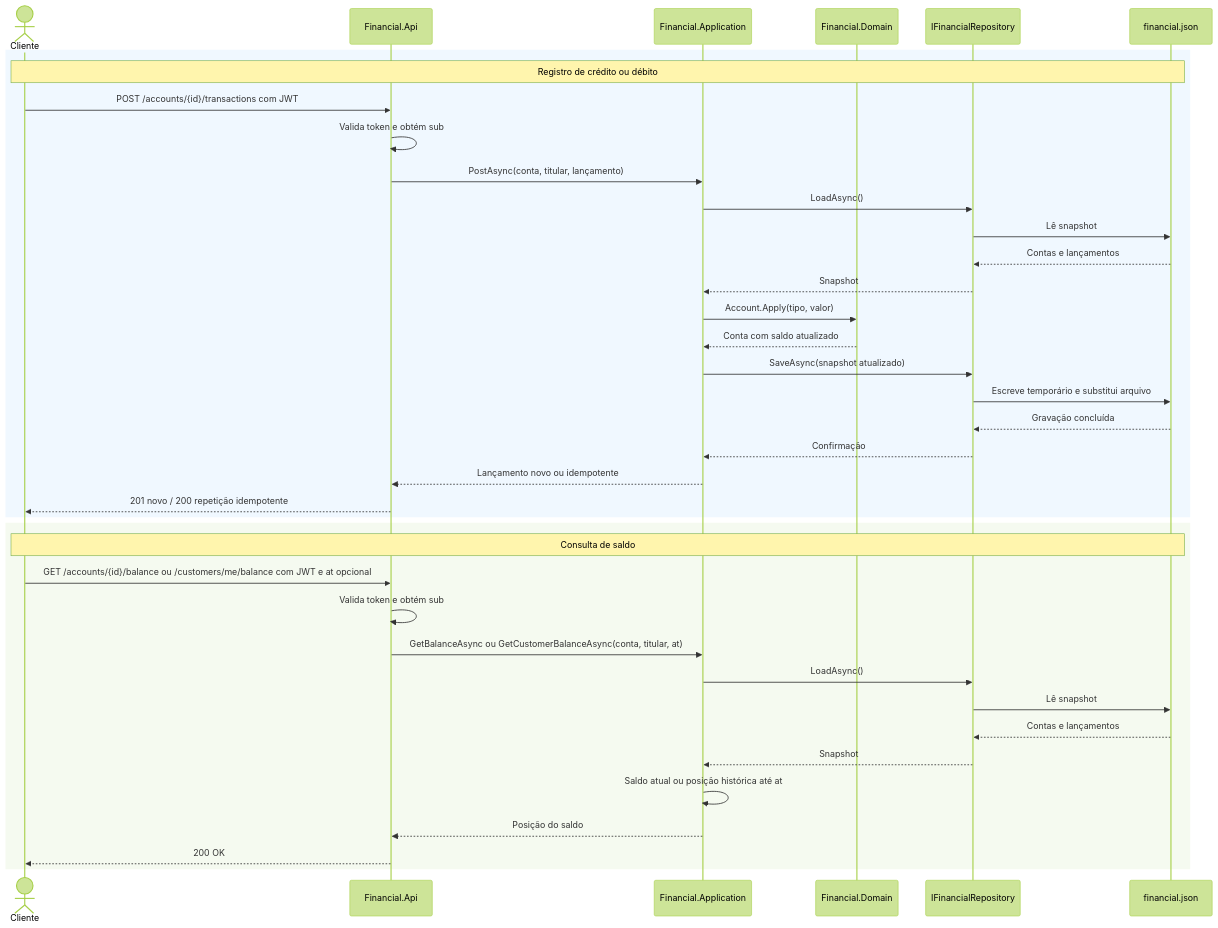
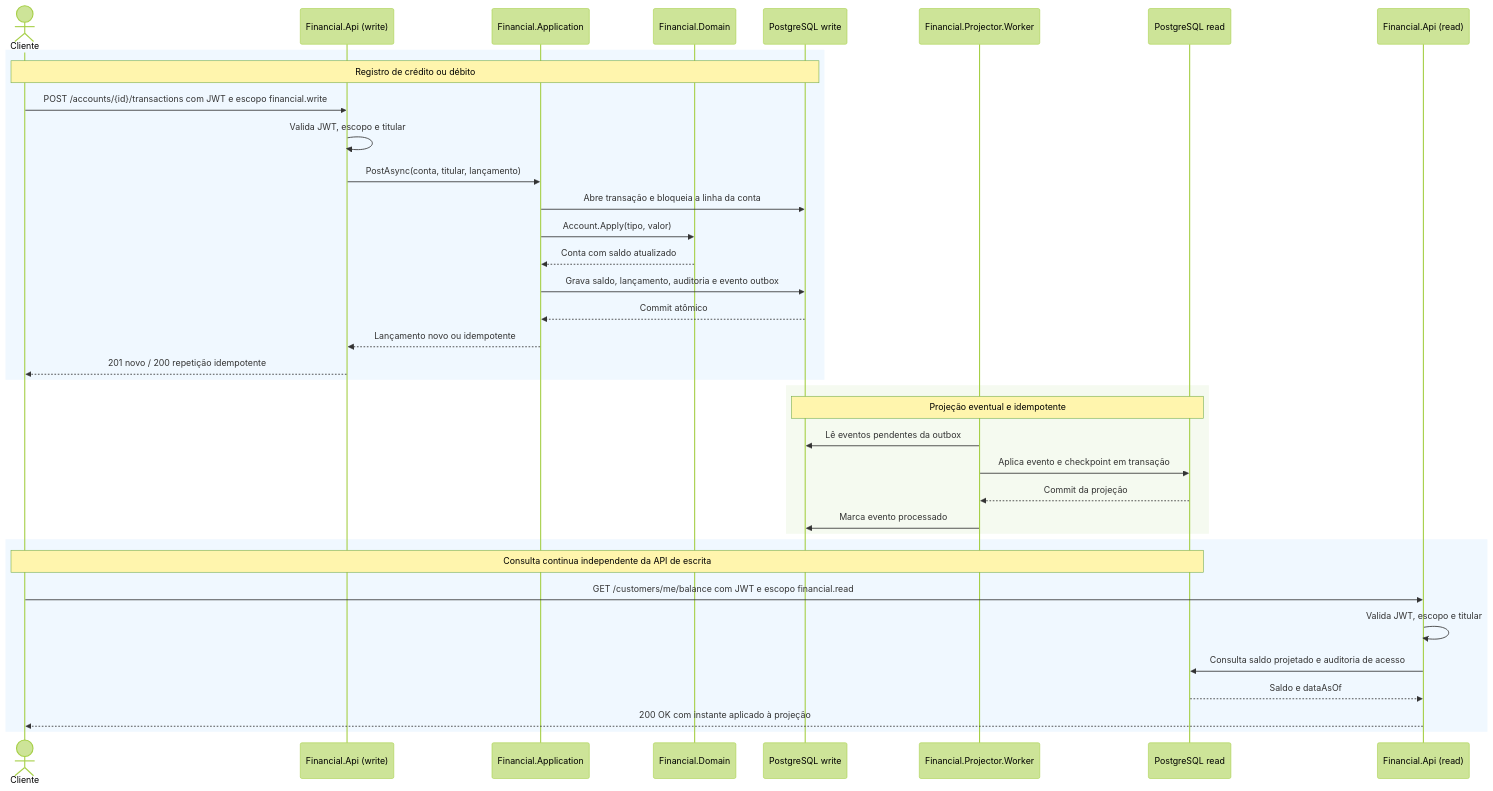
Before and after one commit to ALRSO85/Financial: the diagram in README.md, drawn with Mermaid (forest theme). The commit also changed other lines of this file and 43 other files, not shown here.

Commit message:
feat: strengthen financial ledger architecture

````diff
--- a/README.md
+++ b/README.md
@@ -111,42 +141,42 @@
 ```mermaid
 sequenceDiagram
     actor Cliente
-    participant API as Financial.Api
+    participant Write as Financial.Api (write)
     participant App as Financial.Application
     participant Domain as Financial.Domain
-    participant Repo as IFinancialRepository
-    participant JSON as financial.json
+    participant WriteDB as PostgreSQL write
+    participant Worker as Financial.Projector.Worker
+    participant ReadDB as PostgreSQL read
+    participant Read as Financial.Api (read)
 
     rect rgb(240, 248, 255)
-        Note over Cliente,JSON: Registro de crédito ou débito
-        Cliente->>API: POST /accounts/{id}/transactions com JWT
-        API->>API: Valida token e obtém sub
-        API->>App: PostAsync(conta, titular, lançamento)
-        App->>Repo: LoadAsync()
-        Repo->>JSON: Lê snapshot
-        JSON-->>Repo: Contas e lançamentos
-        Repo-->>App: Snapshot
+        Note over Cliente,WriteDB: Registro de crédito ou débito
+        Cliente->>Write: POST /accounts/{id}/transactions com JWT e escopo financial.write
+        Write->>Write: Valida JWT, escopo e titular
+        Write->>App: PostAsync(conta, titular, lançamento)
+        App->>WriteDB: Abre transação e bloqueia a linha da conta
         App->>Domain: Account.Apply(tipo, valor)
         Domain-->>App: Conta com saldo atualizado
-        App->>Repo: SaveAsync(snapshot atualizado)
-        Repo->>JSON: Escreve temporário e substitui arquivo
-        JSON-->>Repo: Gravação concluída
-        Repo-->>App: Confirmação
-        App-->>API: Lançamento novo ou idempotente
-        API-->>Cliente: 201 novo / 200 repetição idempotente
+        App->>WriteDB: Grava saldo, lançamento, auditoria e evento outbox
+        WriteDB-->>App: Commit atômico
+        App-->>Write: Lançamento novo ou idempotente
+        Write-->>Cliente: 201 novo / 200 repetição idempotente
     end
 
     rect rgb(245, 250, 240)
-        Note over Cliente,JSON: Consulta de saldo
-        Cliente->>API: GET /accounts/{id}/balance ou /customers/me/balance com JWT e at opcional
-        API->>API: Valida token e obtém sub
-        API->>App: GetBalanceAsync ou GetCustomerBalanceAsync(conta, titular, at)
-        App->>Repo: LoadAsync()
-        Repo->>JSON: Lê snapshot
-        JSON-->>Repo: Contas e lançamentos
-        Repo-->>App: Snapshot
-        App->>App: Saldo atual ou posição histórica até at
-        App-->>API: Posição do saldo
-        API-->>Cliente: 200 OK
+        Note over WriteDB,ReadDB: Projeção eventual e idempotente
+        Worker->>WriteDB: Lê eventos pendentes da outbox
+        Worker->>ReadDB: Aplica evento e checkpoint em transação
+        ReadDB-->>Worker: Commit da projeção
+        Worker->>WriteDB: Marca evento processado
+    end
+
+    rect rgb(240, 248, 255)
+        Note over Cliente,ReadDB: Consulta continua independente da API de escrita
+        Cliente->>Read: GET /customers/me/balance com JWT e escopo financial.read
+        Read->>Read: Valida JWT, escopo e titular
+        Read->>ReadDB: Consulta saldo projetado e auditoria de acesso
+        ReadDB-->>Read: Saldo e dataAsOf
+        Read-->>Cliente: 200 OK com instante aplicado à projeção
     end
 ```
````
